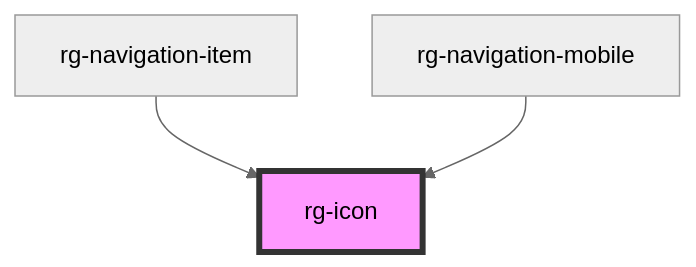
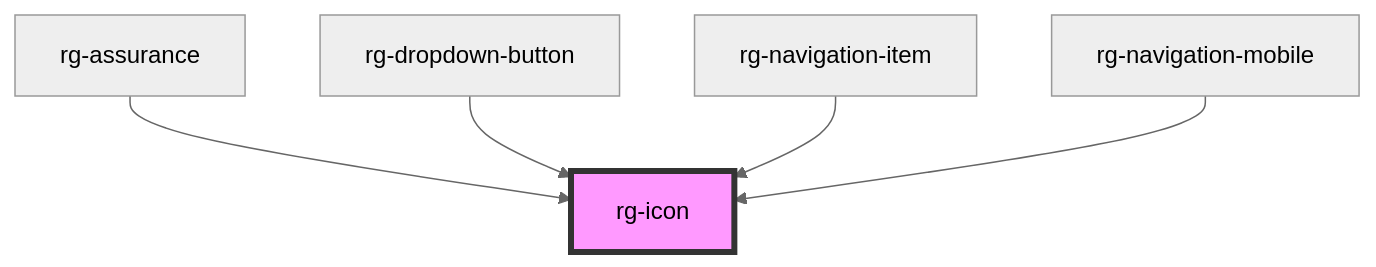
The diagram in src/components/icon/readme.md (tomas862/regila-ui), drawn with Mermaid (neutral theme) before and after one commit. The commit also changed other lines of this file and 24 other files, not shown here.

````diff
--- a/src/components/icon/readme.md
+++ b/src/components/icon/readme.md
@@ -25,6 +27,8 @@
 ```mermaid
 graph TD;
+  rg-assurance --> rg-icon
+  rg-dropdown-button --> rg-icon
   rg-navigation-item --> rg-icon
   rg-navigation-mobile --> rg-icon
   style rg-icon fill:#f9f,stroke:#333,stroke-width:4px
 ```
````
